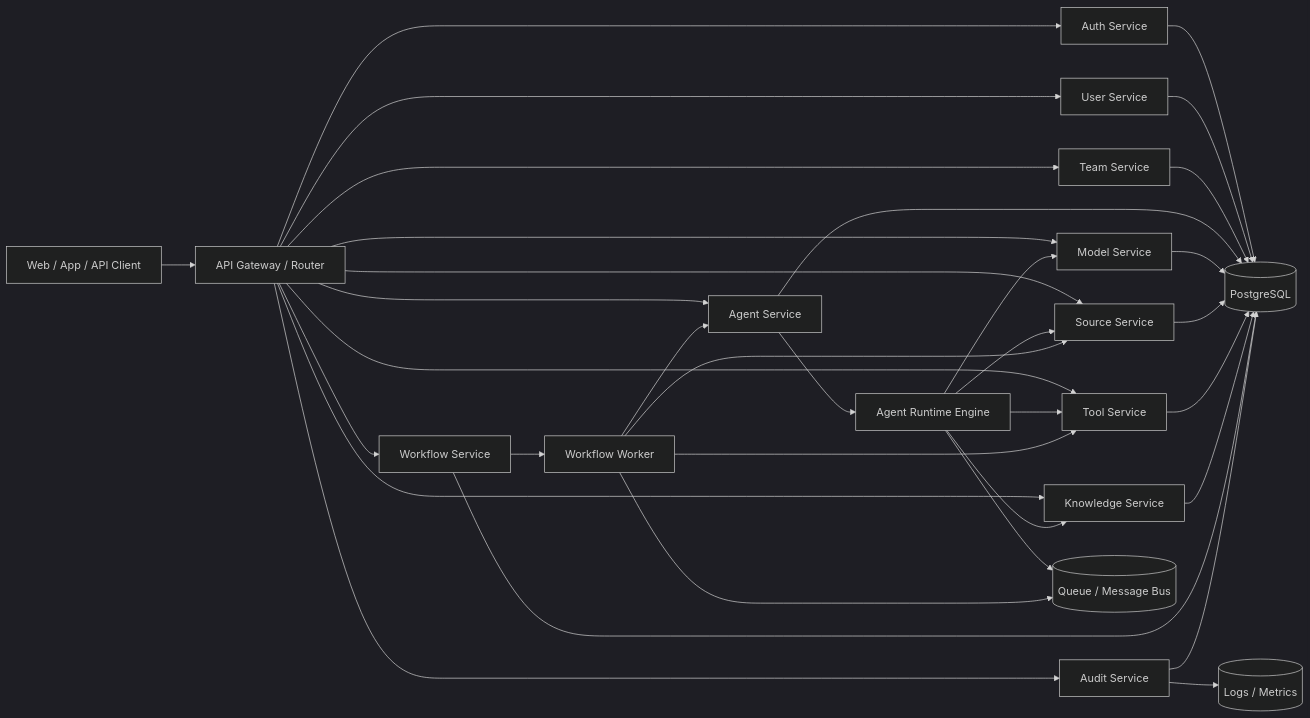
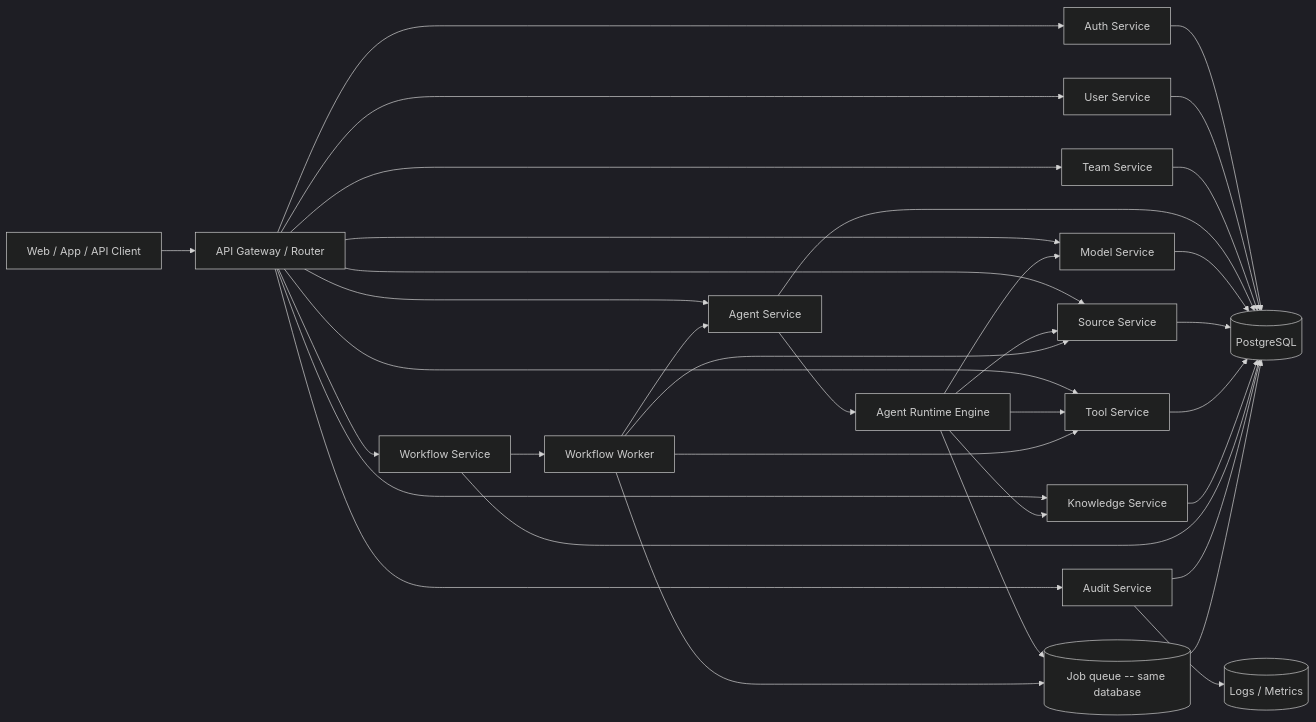
The first of 3 diagrams in docs/16-backend-architecture.md (GreatRedem/TeamAgent), drawn with Mermaid (dark theme) before and after one commit. The commit also changed other lines of this file and 23 other files, not shown here.

````diff
--- a/docs/16-backend-architecture.md
+++ b/docs/16-backend-architecture.md
@@ -7,39 +7,40 @@
 ```mermaid
 flowchart LR
     Client[Web / App / API Client] --> Gateway[API Gateway / Router]
     Gateway --> Auth[Auth Service]
     Gateway --> User[User Service]
     Gateway --> Team[Team Service]
     Gateway --> Agent[Agent Service]
     Gateway --> Model[Model Service]
     Gateway --> Source[Source Service]
     Gateway --> Tool[Tool Service]
     Gateway --> Knowledge[Knowledge Service]
     Gateway --> Workflow[Workflow Service]
     Gateway --> Audit[Audit Service]
 
     Agent --> Runtime[Agent Runtime Engine]
     Runtime --> Model
     Runtime --> Tool
     Runtime --> Knowledge
     Runtime --> Source
     Workflow --> Worker[Workflow Worker]
     Worker --> Agent
     Worker --> Tool
     Worker --> Source
 
     Auth --> DB[(PostgreSQL)]
     User --> DB
     Team --> DB
     Agent --> DB
     Model --> DB
     Source --> DB
     Tool --> DB
     Knowledge --> DB
     Workflow --> DB
     Audit --> DB
 
-    Runtime --> Queue[(Queue / Message Bus)]
+    Runtime --> Queue[(Job queue -- same database)]
     Worker --> Queue
+    Queue --> DB
     Audit --> Logs[(Logs / Metrics)]
 ```
````
